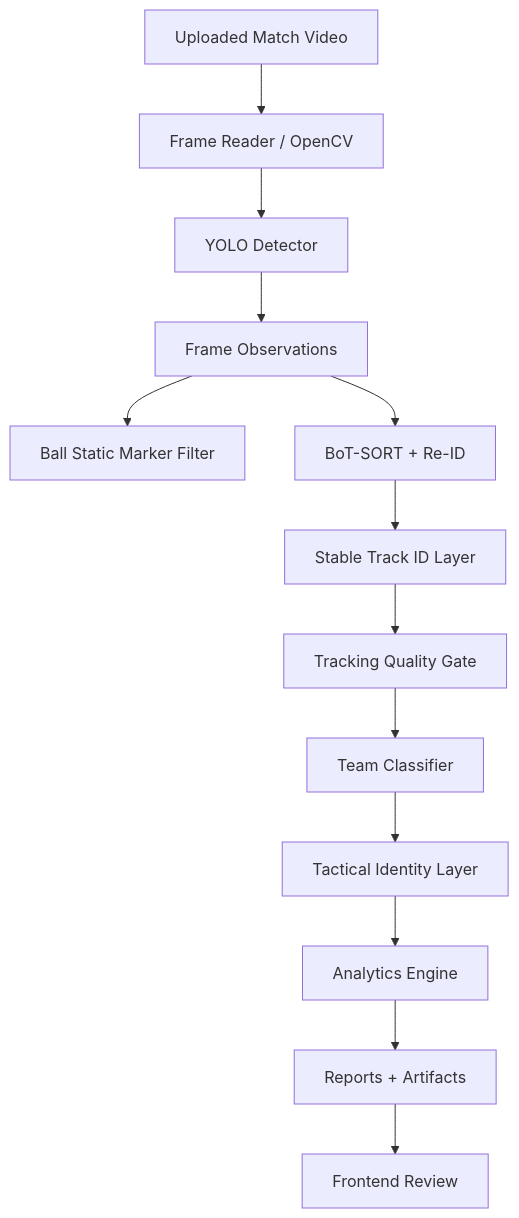
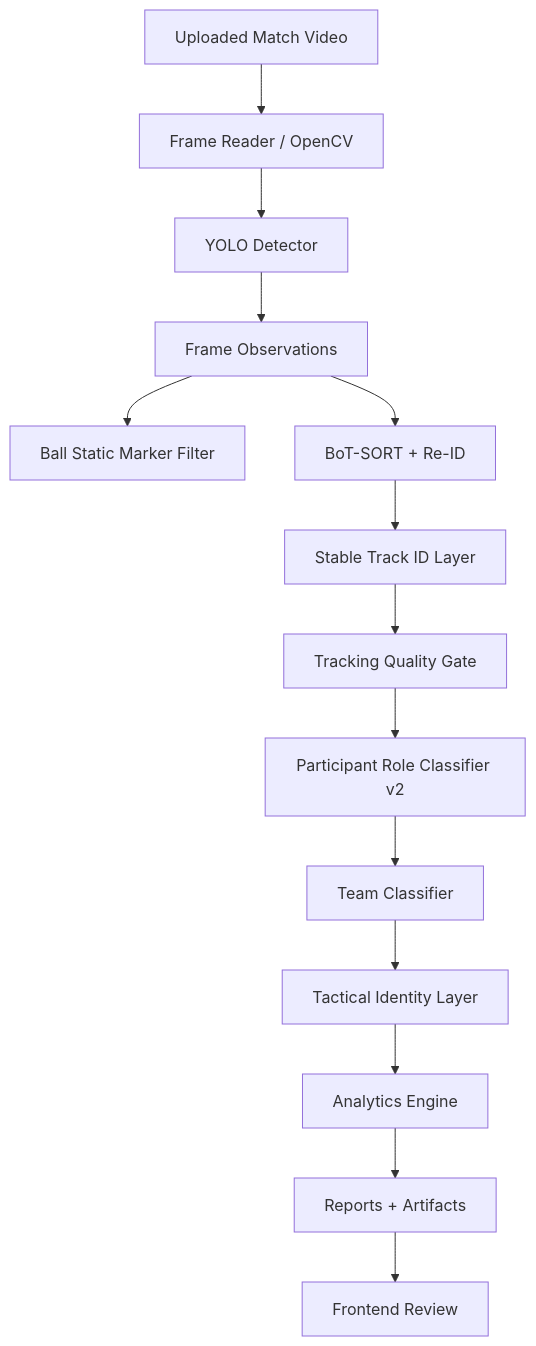
One commit to ahmedalbanna7/football-intelligence-platform changed the third of 7 diagrams in README.md. Above: the diagram before and after it, drawn with Mermaid. The commit also changed other lines of this file and 24 other files, not shown here.

````diff
--- a/README.md
+++ b/README.md
@@ -88,15 +90,16 @@
 ```mermaid
 flowchart TD
     Video["Uploaded Match Video"] --> FrameRead["Frame Reader / OpenCV"]
     FrameRead --> Detector["YOLO Detector"]
     Detector --> RawObjects["Frame Observations"]
     RawObjects --> BallFilter["Ball Static Marker Filter"]
     RawObjects --> Tracker["BoT-SORT + Re-ID"]
     Tracker --> Stabilizer["Stable Track ID Layer"]
     Stabilizer --> QualityGate["Tracking Quality Gate"]
-    QualityGate --> TeamClassifier["Team Classifier"]
+    QualityGate --> RoleClassifier["Participant Role Classifier v2"]
+    RoleClassifier --> TeamClassifier["Team Classifier"]
     TeamClassifier --> TacticalIdentity["Tactical Identity Layer"]
     TacticalIdentity --> Analytics["Analytics Engine"]
     Analytics --> Reports["Reports + Artifacts"]
     Reports --> Dashboard["Frontend Review"]
 ```
````
